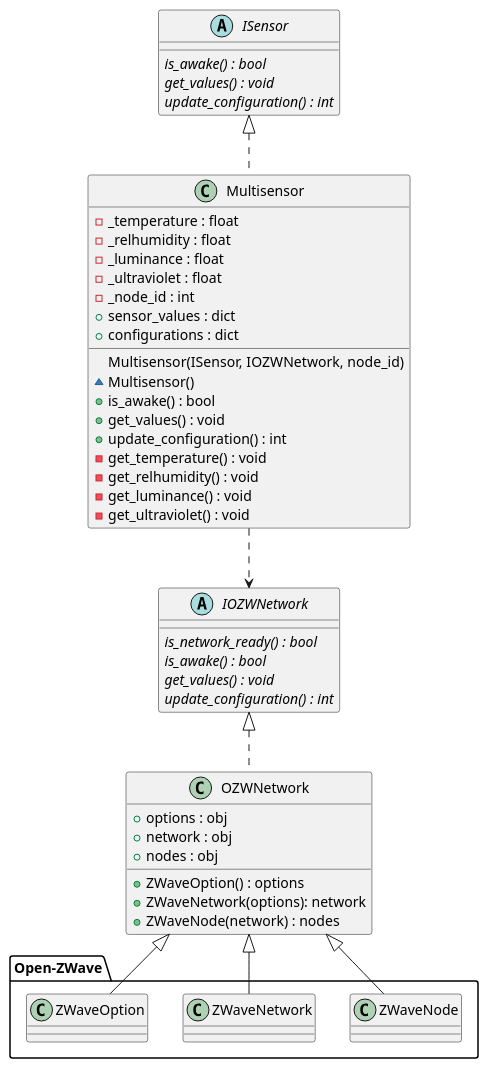
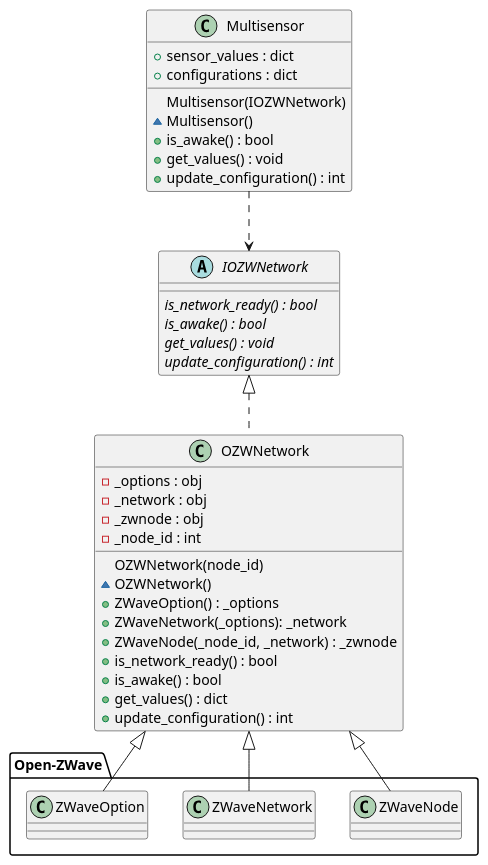
One commit to AU-PRO5-Rem/ReMoniProject changed the diagram in doc/class_multisensor.iuml. Above: the diagram before and after it, drawn with PlantUML. The commit also changed 6 other files, not shown here.

```diff
--- a/doc/class_multisensor.iuml
+++ b/doc/class_multisensor.iuml
@@ -1,56 +1,49 @@
 @startuml Multisensor
-
-abstract class ISensor {
-    {abstract} is_awake() : bool
-    {abstract} get_values() : void
-    {abstract} update_configuration() : int
-}
 
 abstract class IOZWNetwork {
     {abstract} is_network_ready() : bool
     {abstract} is_awake() : bool
     {abstract} get_values() : void
     {abstract} update_configuration() : int
 }
 
-class Multisensor implements ISensor {
-    - _temperature : float
-    - _relhumidity : float
-    - _luminance : float
-    - _ultraviolet : float
-    - _node_id : int
+class Multisensor {
     + sensor_values : dict
     + configurations : dict
 
-      Multisensor(ISensor, IOZWNetwork, node_id)
+      Multisensor(IOZWNetwork)
     ~ Multisensor()
     + is_awake() : bool
     + get_values() : void
     + update_configuration() : int
-    - get_temperature() : void
-    - get_relhumidity() : void
-    - get_luminance() : void
-    - get_ultraviolet() : void
+
 }
 
 class OZWNetwork implements IOZWNetwork {
-  + options : obj
-  + network : obj
-  + nodes : obj
-  + ZWaveOption() : options
-  + ZWaveNetwork(options): network 
-  + ZWaveNode(network) : nodes
+  - _options : obj
+  - _network : obj
+  - _zwnode : obj
+  - _node_id : int
+  OZWNetwork(node_id)
+  ~OZWNetwork()
+  + ZWaveOption() : _options
+  + ZWaveNetwork(_options): _network 
+  + ZWaveNode(_node_id, _network) : _zwnode
+  + is_network_ready() : bool
+  + is_awake() : bool
+  + get_values() : dict
+  + update_configuration() : int
 }
 
 package Open-ZWave <<Folder>> {
   class ZWaveNode
   class ZWaveNetwork
   class ZWaveOption
 }
 
 Multisensor ..> IOZWNetwork
 OZWNetwork <|-- ZWaveNetwork
 OZWNetwork <|-- ZWaveNode
 OZWNetwork <|-- ZWaveOption
 
 @enduml
```
